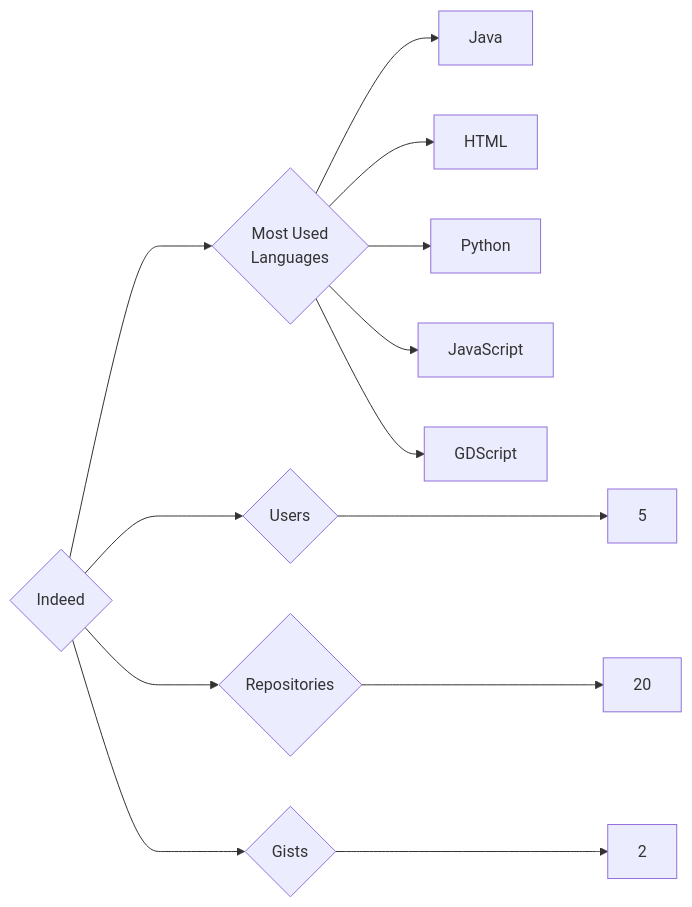
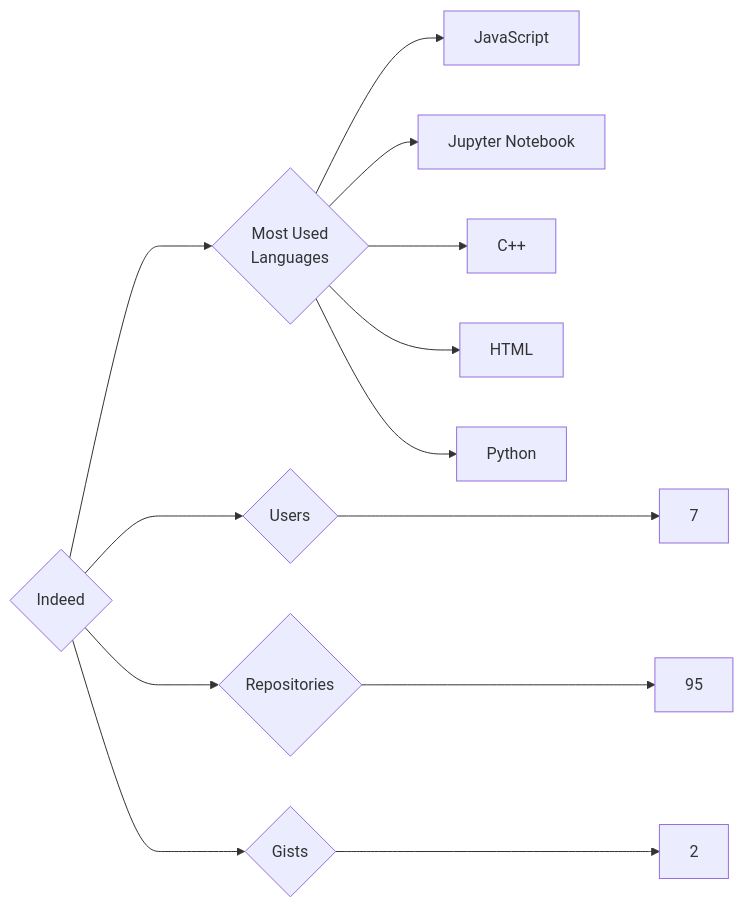
The diagram in targets/Indeed/README.md (trickest/insiders), drawn with Mermaid before and after one commit. The commit also changed 714 other files, not shown here.

````diff
--- a/targets/Indeed/README.md
+++ b/targets/Indeed/README.md
@@ -3,13 +3,13 @@
 ```mermaid
 graph LR
 COMPANY_NAME{Indeed}
-COMPANY_NAME ---> U{Users} ---> UN[5]
-COMPANY_NAME ---> R{Repositories} ---> RN[20]
+COMPANY_NAME ---> U{Users} ---> UN[7]
+COMPANY_NAME ---> R{Repositories} ---> RN[95]
 COMPANY_NAME ---> G{Gists} ---> GN[2]
 COMPANY_NAME ---> ML{Most Used<br>Languages}
-ML --> Java[Java]
+ML --> JavaScript[JavaScript]
+ML --> Jupyter_Notebook[Jupyter Notebook]
+ML --> C++[C++]
 ML --> HTML[HTML]
 ML --> Python[Python]
-ML --> JavaScript[JavaScript]
-ML --> GDScript[GDScript]
 ```
````
